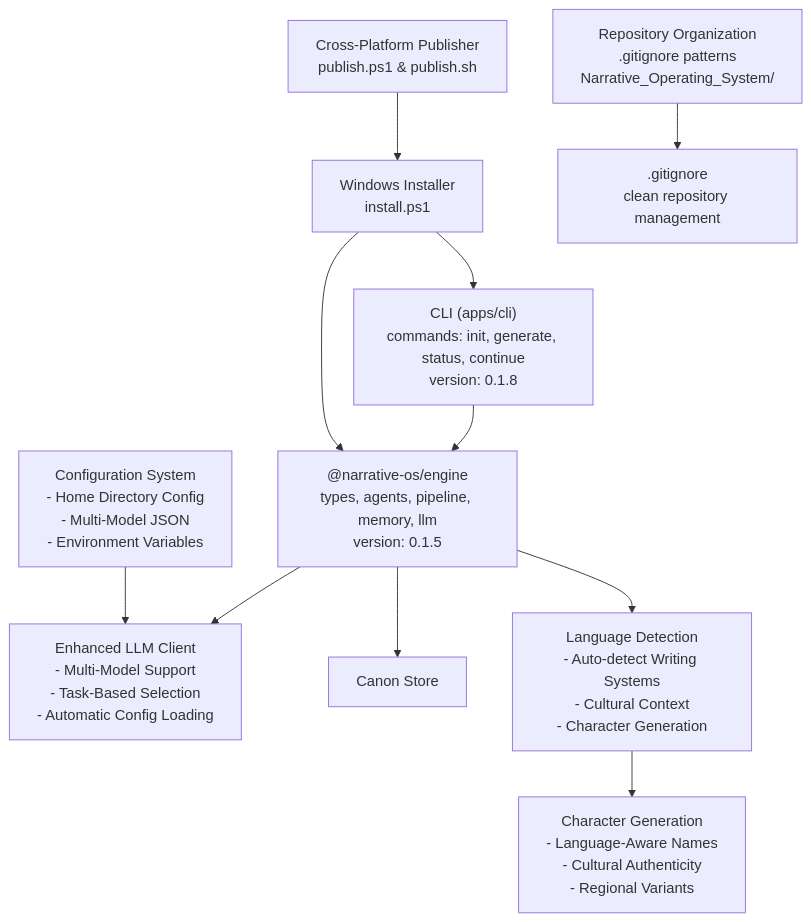
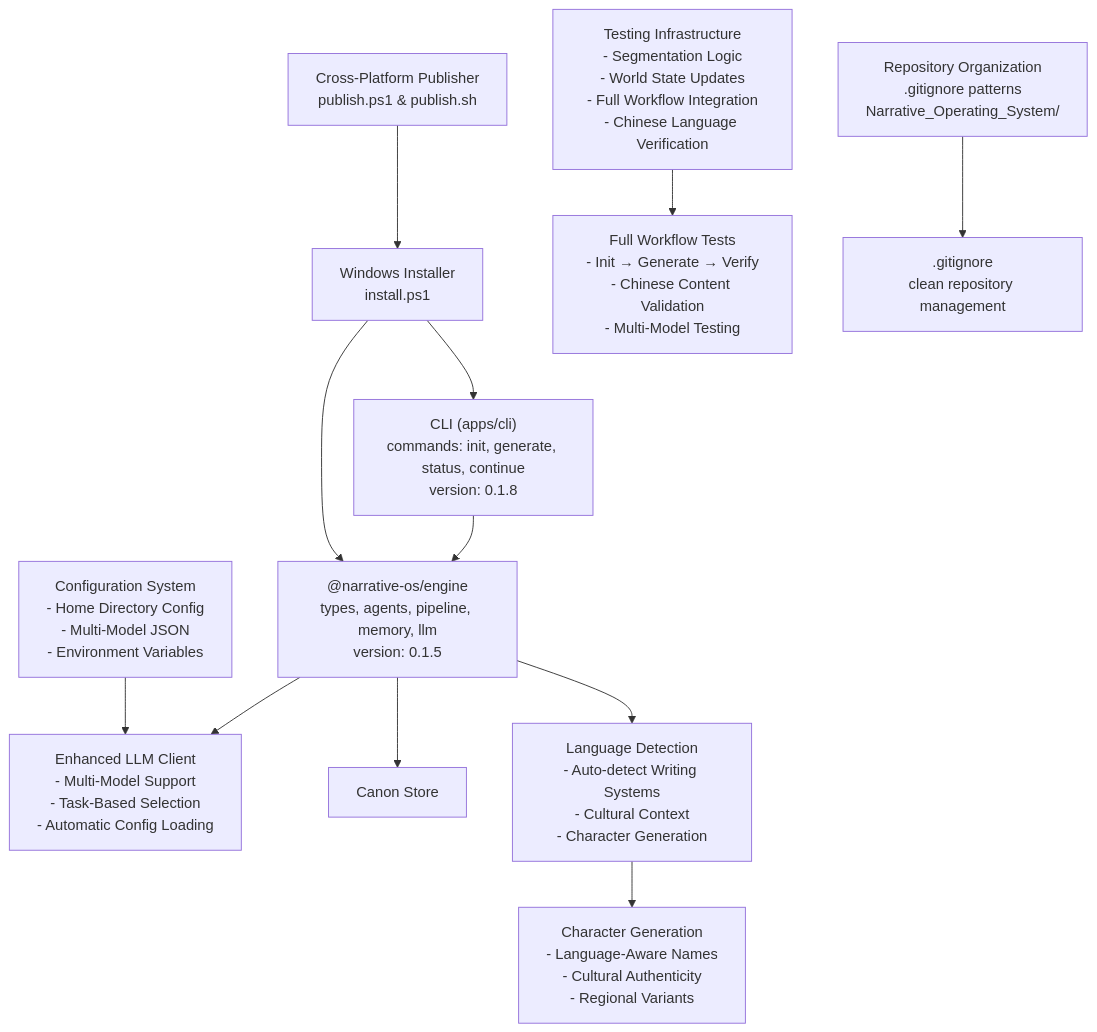
One commit to liwonder/NARRITIVE_OS changed the second of 17 diagrams in .qoder/repowiki/en/content/Development and Contributing.md. Above: the diagram before and after it, drawn with Mermaid. The commit also changed other lines of this file and 7 other files, not shown here.

````diff
--- a/.qoder/repowiki/en/content/Development and Contributing.md
+++ b/.qoder/repowiki/en/content/Development and Contributing.md
@@ -147,23 +165,26 @@
 ```mermaid
 graph TB
 CLI["CLI (apps/cli)<br/>commands: init, generate, status, continue<br/>version: 0.1.8"]
 ENGINE["@narrative-os/engine<br/>types, agents, pipeline, memory, llm<br/>version: 0.1.5"]
 LLM["Enhanced LLM Client<br/>- Multi-Model Support<br/>- Task-Based Selection<br/>- Automatic Config Loading"]
 STORE["Canon Store"]
 INSTALL["Windows Installer<br/>install.ps1"]
 PUBLISH["Cross-Platform Publisher<br/>publish.ps1 & publish.sh"]
 REPO["Repository Organization<br/>.gitignore patterns<br/>Narrative_Operating_System/"]
 CONFIG["Configuration System<br/>- Home Directory Config<br/>- Multi-Model JSON<br/>- Environment Variables"]
 LANG_DETECTION["Language Detection<br/>- Auto-detect Writing Systems<br/>- Cultural Context<br/>- Character Generation"]
 CHAR_GEN["Character Generation<br/>- Language-Aware Names<br/>- Cultural Authenticity<br/>- Regional Variants"]
+TEST_INFRA["Testing Infrastructure<br/>- Segmentation Logic<br/>- World State Updates<br/>- Full Workflow Integration<br/>- Chinese Language Verification"]
+FULL_WORKFLOW["Full Workflow Tests<br/>- Init → Generate → Verify<br/>- Chinese Content Validation<br/>- Multi-Model Testing"]
 CLI --> ENGINE
 ENGINE --> LLM
 ENGINE --> STORE
 ENGINE --> LANG_DETECTION
 LANG_DETECTION --> CHAR_GEN
 INSTALL --> CLI
 INSTALL --> ENGINE
 PUBLISH --> INSTALL
 REPO --> GITIGNORE[".gitignore<br/>clean repository management"]
 CONFIG --> LLM
+TEST_INFRA --> FULL_WORKFLOW
 ```
````
